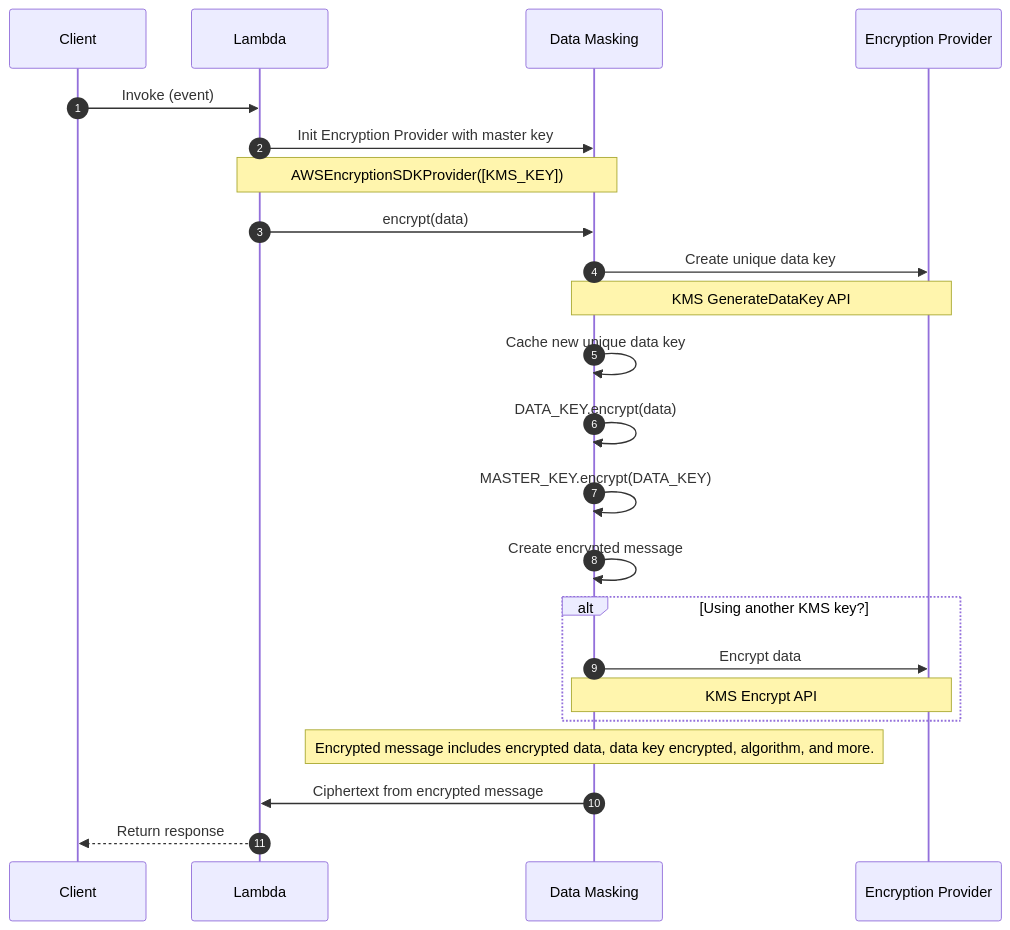
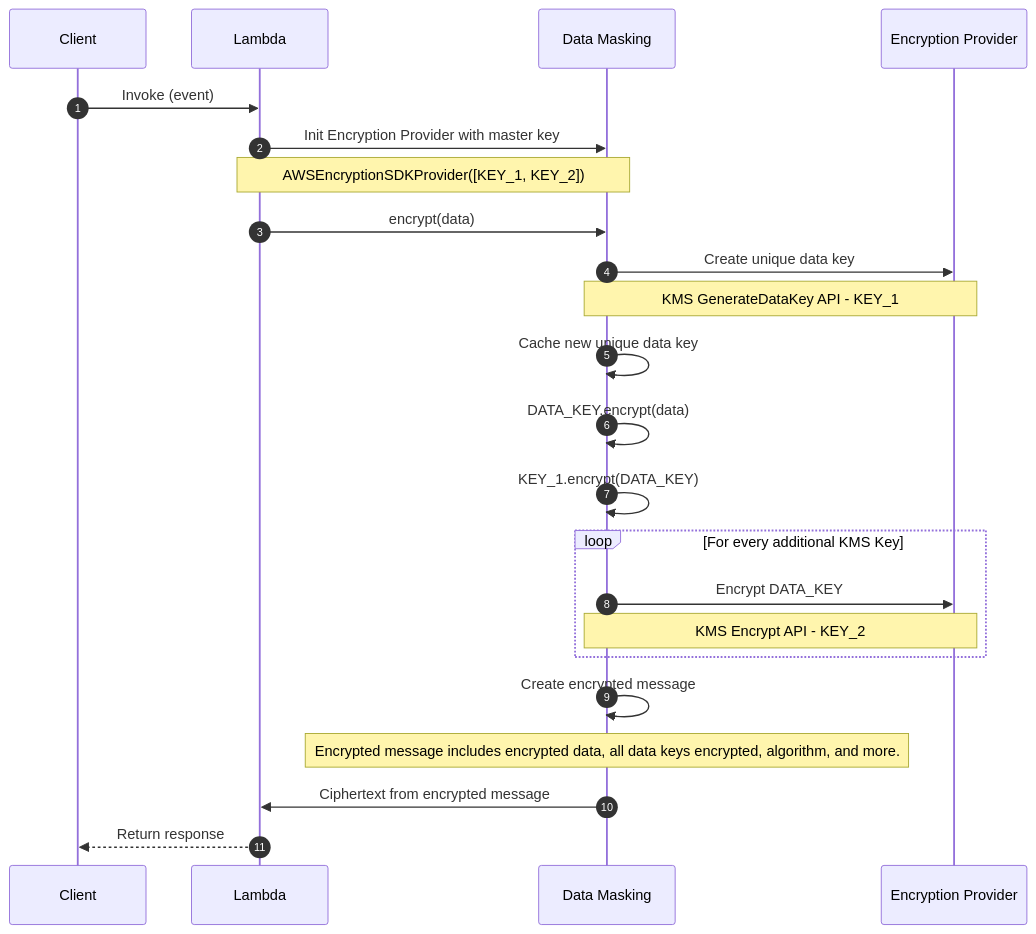
Before and after one commit to aws-powertools/powertools-lambda-python: the fifth of 7 diagrams in docs/utilities/data_masking.md, drawn with Mermaid. The commit also changed other lines of this file and 1 other file, not shown here.

Commit message:
Documentation

````diff
--- a/docs/utilities/data_masking.md
+++ b/docs/utilities/data_masking.md
@@ -514,25 +515,25 @@
 ```mermaid
 sequenceDiagram
     autonumber
     participant Client
     participant Lambda
     participant DataMasking as Data Masking
     participant EncryptionProvider as Encryption Provider
     Client->>Lambda: Invoke (event)
     Lambda->>DataMasking: Init Encryption Provider with master key
-    Note over Lambda,DataMasking: AWSEncryptionSDKProvider([KMS_KEY])
+    Note over Lambda,DataMasking: AWSEncryptionSDKProvider([KEY_1, KEY_2])
     Lambda->>DataMasking: encrypt(data)
     DataMasking->>EncryptionProvider: Create unique data key
-    Note over DataMasking,EncryptionProvider: KMS GenerateDataKey API
+    Note over DataMasking,EncryptionProvider: KMS GenerateDataKey API - KEY_1
     DataMasking->>DataMasking: Cache new unique data key
     DataMasking->>DataMasking: DATA_KEY.encrypt(data)
-    DataMasking->>DataMasking: MASTER_KEY.encrypt(DATA_KEY)
+    DataMasking->>DataMasking: KEY_1.encrypt(DATA_KEY)
+    loop For every additional KMS Key
+        DataMasking->>EncryptionProvider: Encrypt DATA_KEY
+        Note over DataMasking,EncryptionProvider: KMS Encrypt API - KEY_2
+    end
     DataMasking->>DataMasking: Create encrypted message
-    alt Using another KMS key?
-        DataMasking->>EncryptionProvider: Encrypt data
-        Note over DataMasking,EncryptionProvider: KMS Encrypt API
-    end
-    Note over DataMasking: Encrypted message includes encrypted data, data key encrypted, algorithm, and more.
+    Note over DataMasking: Encrypted message includes encrypted data, all data keys encrypted, algorithm, and more.
     DataMasking->>Lambda: Ciphertext from encrypted message
     Lambda-->>Client: Return response
 ```
````
